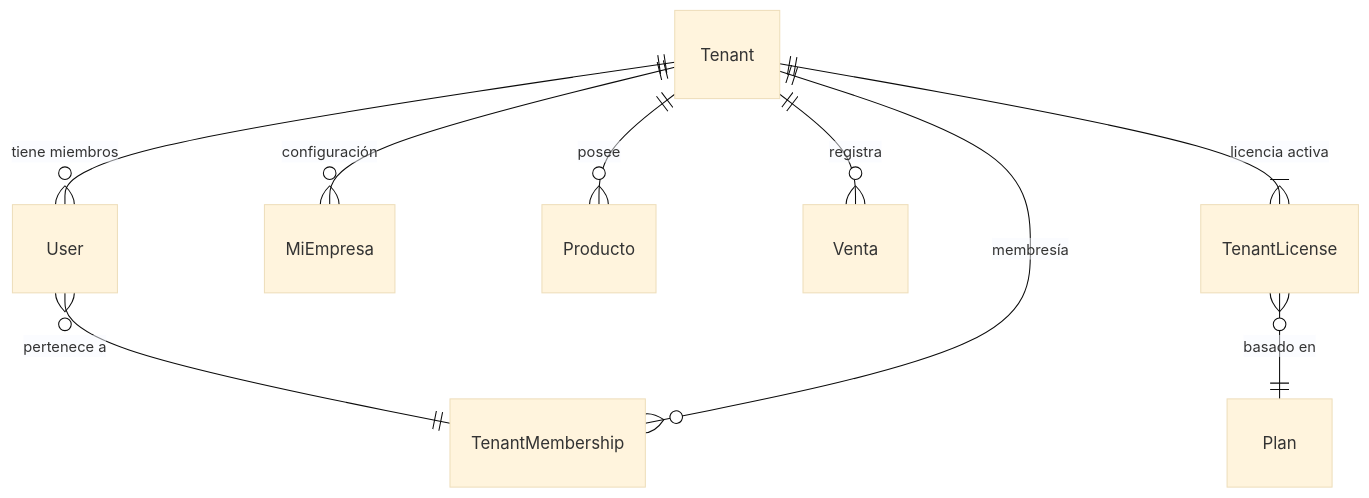
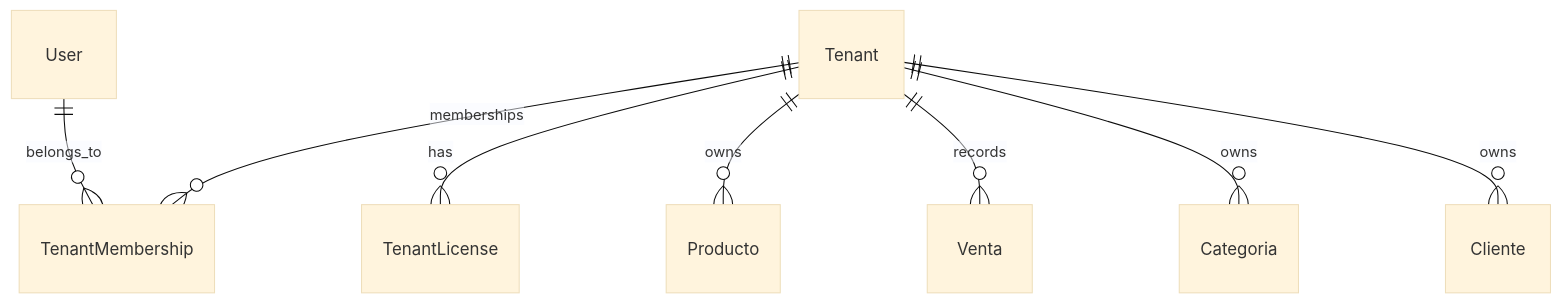
One commit to kr4t3rdev/Inventario changed the second of 4 diagrams in docs/ARCHITECTURE.md. Above: the diagram before and after it, drawn with Mermaid (base theme). The commit also changed other lines of this file and 1 other file, not shown here.

First line of the commit message:
docs: complete architecture docs rewrite and index update

````diff
--- a/docs/ARCHITECTURE.md
+++ b/docs/ARCHITECTURE.md
@@ -168,13 +170,10 @@
 ```mermaid
 erDiagram
-    Tenant ||--o{ User : "tiene miembros"
-    Tenant ||--o{ MiEmpresa : "configuración"
-    Tenant ||--o{ Producto : "posee"
-    Tenant ||--o{ Venta : "registra"
-    Tenant ||--|{ TenantLicense : "licencia activa"
-
-    User }o--|| TenantMembership : "pertenece a"
-    TenantMembership }o--|| Tenant : "membresía"
-
-    TenantLicense }o--|| Plan : "basado en"
+    Tenant ||--o{ TenantMembership : memberships
+    User ||--o{ TenantMembership : belongs_to
+    Tenant ||--o{ TenantLicense : has
+    Tenant ||--o{ Producto : owns
+    Tenant ||--o{ Venta : records
+    Tenant ||--o{ Categoria : owns
+    Tenant ||--o{ Cliente : owns
 ```
````
